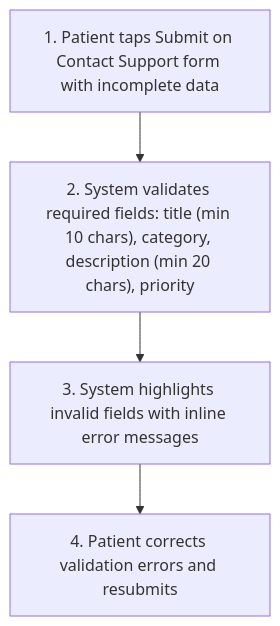
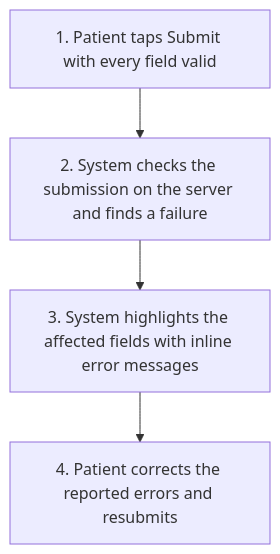
The seventh of 8 diagrams in project-requirements/functional-requirements/fr035-patient-help-support/prd.md (joachimtrungtuan/hairline-pm-docs), drawn with Mermaid before and after one commit. The commit also changed other lines of this file and 40 other files, not shown here.

````diff
--- a/project-requirements/functional-requirements/fr035-patient-help-support/prd.md
+++ b/project-requirements/functional-requirements/fr035-patient-help-support/prd.md
@@ -203,6 +203,6 @@
 ```mermaid
 flowchart TD
-    B1S1["1. Patient taps Submit on Contact Support form with incomplete data"] --> B1S2["2. System validates required fields: title (min 10 chars), category, description (min 20 chars), priority"]
-    B1S2 --> B1S3["3. System highlights invalid fields with inline error messages"]
-    B1S3 --> B1S4["4. Patient corrects validation errors and resubmits"]
+    B1S1["1. Patient taps Submit with every field valid"] --> B1S2["2. System checks the submission on the server and finds a failure"]
+    B1S2 --> B1S3["3. System highlights the affected fields with inline error messages"]
+    B1S3 --> B1S4["4. Patient corrects the reported errors and resubmits"]
 ```
````
